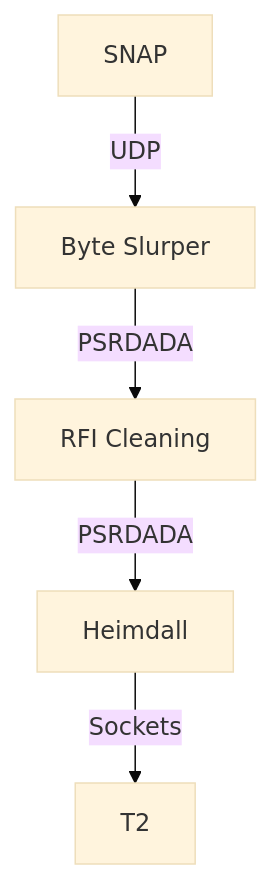
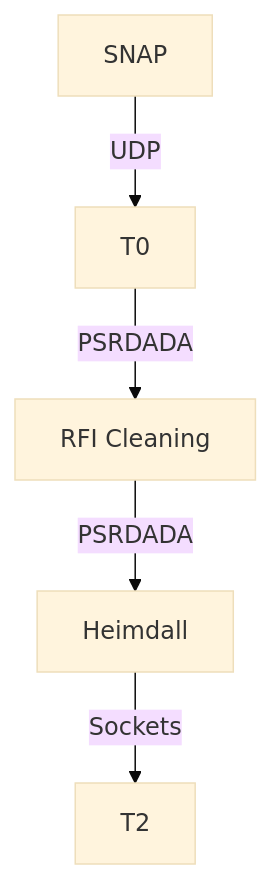
Before and after one commit to courtneyjkeeler/grex-telescope.github.io: the diagram in docs/software/overview.md, drawn with Mermaid (base theme). The commit also changed other lines of this file and 9 other files, not shown here.

````diff
--- a/docs/software/overview.md
+++ b/docs/software/overview.md
@@ -14,7 +9,7 @@
 ```mermaid
 flowchart TD
-    A[SNAP] -->|UDP| B[Byte Slurper]
+    A[SNAP] -->|UDP| B[T0]
     B -->|PSRDADA| C[RFI Cleaning]
     C -->|PSRDADA| D[Heimdall]
     D -->|Sockets| E[T2]
 ```
````
